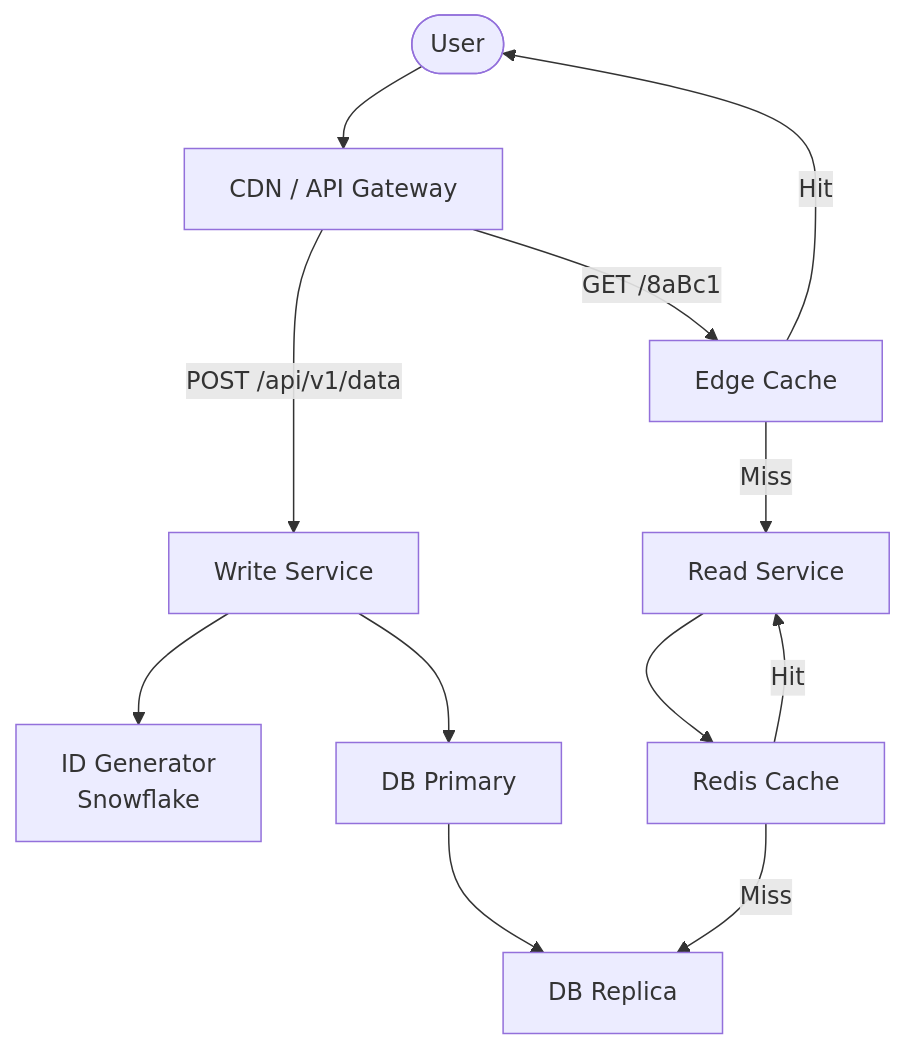
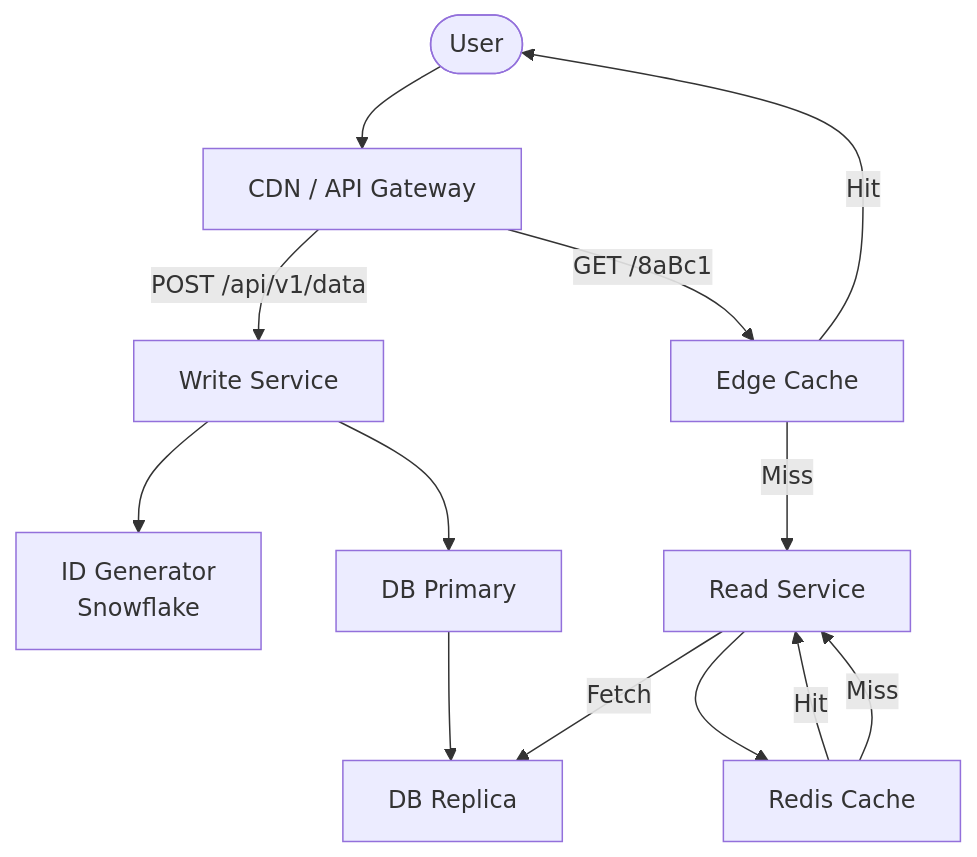
Before and after one commit to huangsam/systology: the diagram in site/content/designs/url-shortener.md, drawn with Mermaid. The commit also changed other lines of this file and 2 other files, not shown here.

Commit message:
Adjust content and diagrams for a few pages

```diff
--- a/site/content/designs/url-shortener.md
+++ b/site/content/designs/url-shortener.md
@@ -31,18 +31,19 @@
 {{< mermaid >}}
 graph TD
     User([User]) --> Edge[CDN / API Gateway]
 
     %% Write Path
     Edge -->|POST /api/v1/data| WriteAPI[Write Service]
     WriteAPI --> IDGen[ID Generator<br/>Snowflake]
     WriteAPI --> DBPrimary[DB Primary]
     DBPrimary --> DBReplica[DB Replica]
 
     %% Read Path
     Edge -->|GET /8aBc1| EdgeCache[Edge Cache]
     EdgeCache -->|Hit| User
     EdgeCache -->|Miss| ReadAPI[Read Service]
     ReadAPI --> RedisCache[Redis Cache]
     RedisCache -->|Hit| ReadAPI
-    RedisCache -->|Miss| DBReplica
+    RedisCache -->|Miss| ReadAPI
+    ReadAPI -->|Fetch| DBReplica
 {{< /mermaid >}}
```
